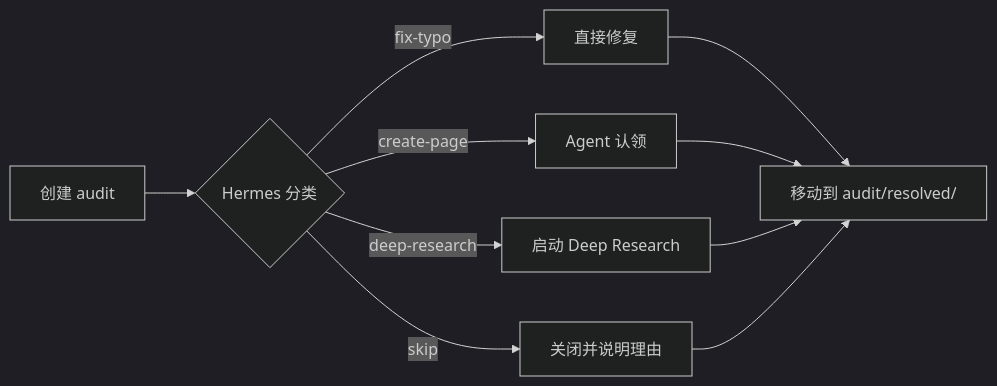
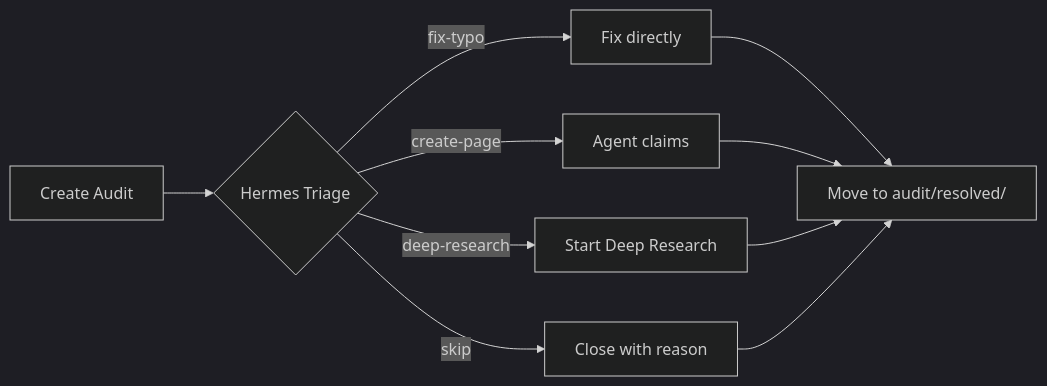
One commit to zhuanxqq/agent-shared-memory changed the second of 2 diagrams in README.md. Above: the diagram before and after it, drawn with Mermaid (dark theme). The commit also changed other lines of this file, not shown here.

````diff
--- a/README.md
+++ b/README.md
@@ -139,12 +140,12 @@
 ```mermaid
 graph LR
-    A[创建 audit] --> B{Hermes 分类}
-    B -->|fix-typo| C[直接修复]
-    B -->|create-page| D[Agent 认领]
-    B -->|deep-research| E[启动 Deep Research]
-    B -->|skip| F[关闭并说明理由]
-    C --> G[移动到 audit/resolved/]
+    A[Create Audit] --> B{Hermes Triage}
+    B -->|fix-typo| C[Fix directly]
+    B -->|create-page| D[Agent claims]
+    B -->|deep-research| E[Start Deep Research]
+    B -->|skip| F[Close with reason]
+    C --> G[Move to audit/resolved/]
     D --> G
     E --> G
     F --> G
 ```
````
